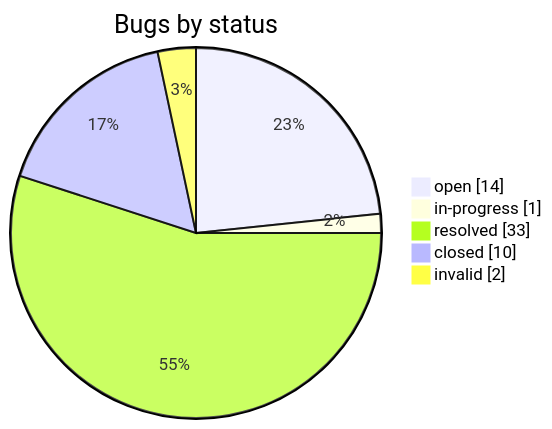
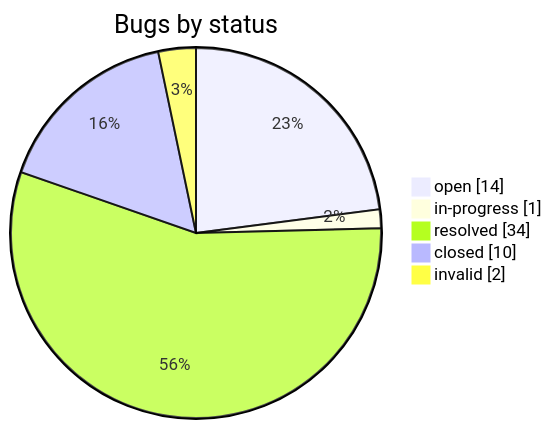
The second of 2 diagrams in STATUS.md (iammaxsu/automatic-testing-architecture), drawn with Mermaid before and after one commit. The commit also changed other lines of this file and 5 other files, not shown here.

````diff
--- a/STATUS.md
+++ b/STATUS.md
@@ -165,8 +165,8 @@
 ```mermaid
 pie showData title Bugs by status
     "open" : 14
     "in-progress" : 1
-    "resolved" : 33
+    "resolved" : 34
     "closed" : 10
     "invalid" : 2
 ```
````
